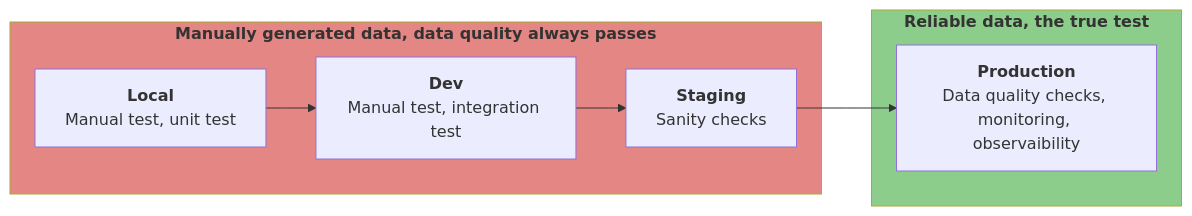
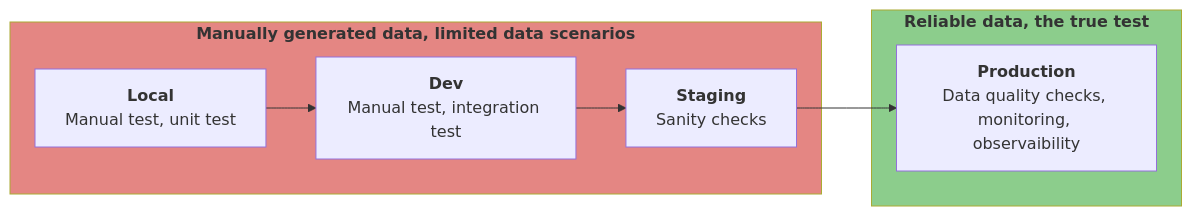
Before and after one commit to data-catering/data-caterer-docs: the first of 2 diagrams in docs/use-case/blog/shift-left-data-quality.md, drawn with Mermaid. The commit also changed other lines of this file and 8 other files, not shown here.

Commit message:
Add in roadmap item for validations to check for column names

````diff
--- a/docs/use-case/blog/shift-left-data-quality.md
+++ b/docs/use-case/blog/shift-left-data-quality.md
@@ -12,19 +12,19 @@
 ``` mermaid
 graph LR
-  subgraph badQualityData[<b>Manually generated data, data quality always passes</b>]
+  subgraph badQualityData[<b>Manually generated data, limited data scenarios</b>]
   local[<b>Local</b>\nManual test, unit test]
   dev[<b>Dev</b>\nManual test, integration test]
   stg[<b>Staging</b>\nSanity checks]
   end
   
   subgraph qualityData[<b>Reliable data, the true test</b>]
   prod[<b>Production</b>\nData quality checks, monitoring, observaibility]
   end
   
   style badQualityData fill:#d9534f,fill-opacity:0.7
   style qualityData fill:#5cb85c,fill-opacity:0.7
   
   local --> dev
   dev --> stg
   stg --> prod
 ```
````
